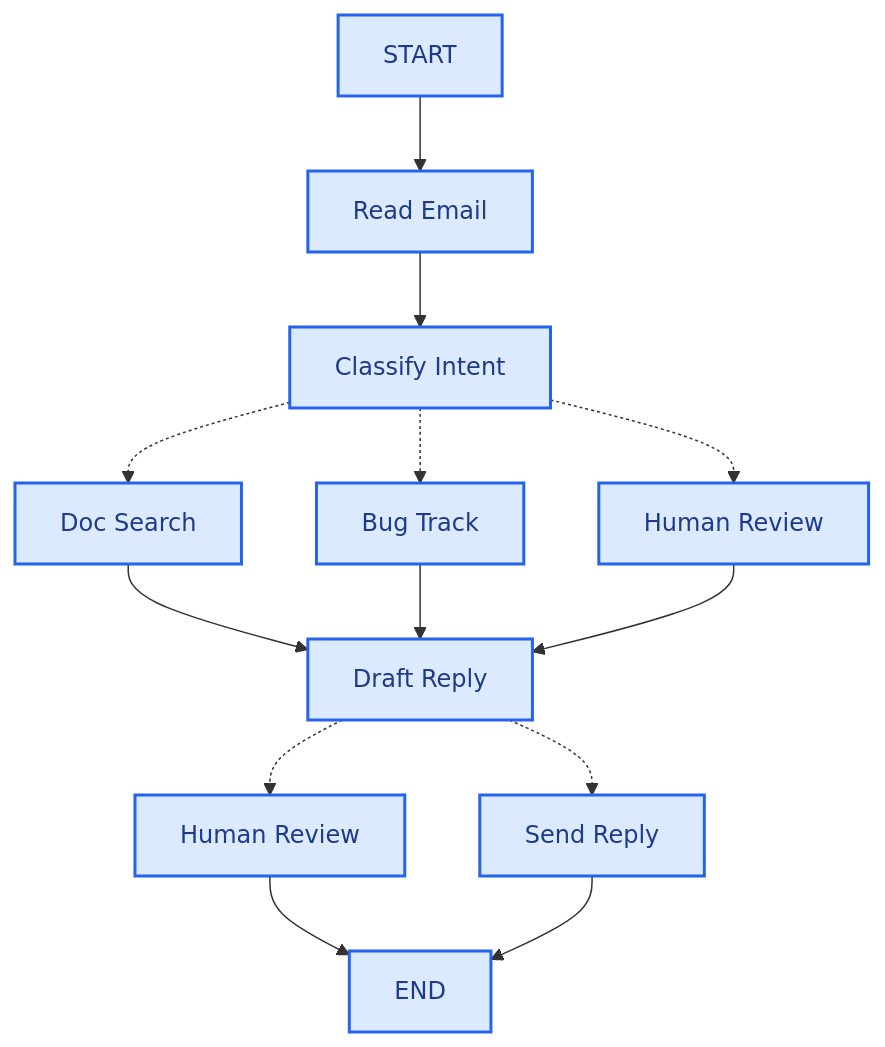
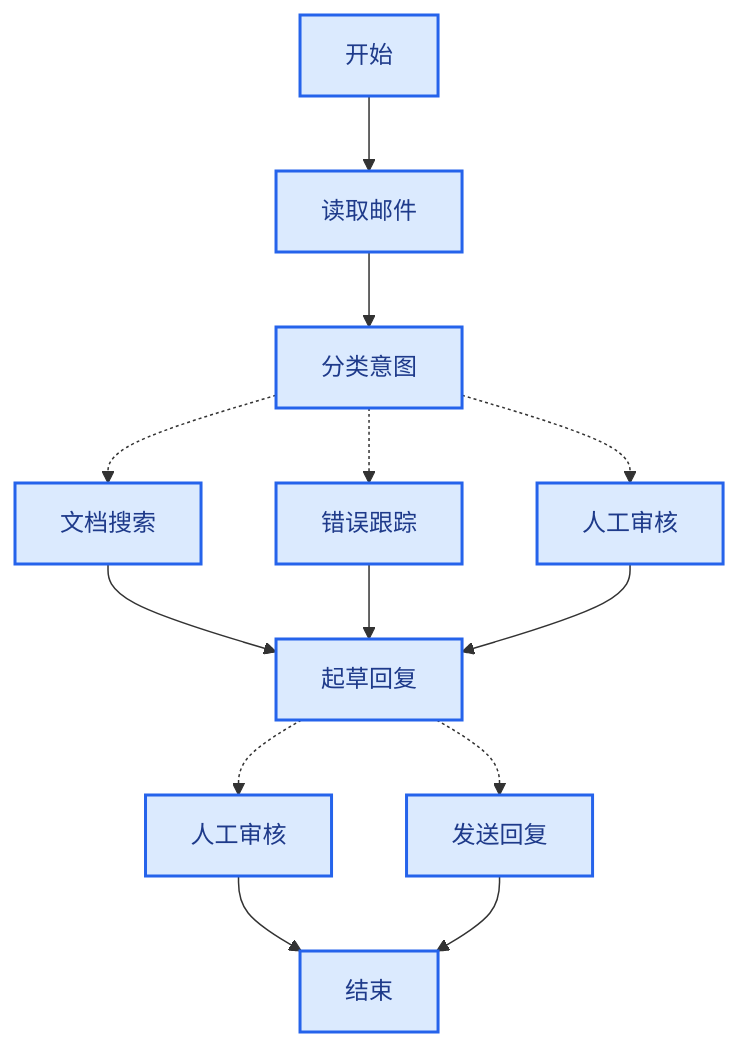
One commit to kunfan96/cndocs-langchain changed the diagram in oss/python/langgraph/thinking-in-langgraph.mdx. Above: the diagram before and after it, drawn with Mermaid. The commit also changed other lines of this file and 1030 other files, not shown here.

````diff
--- a/oss/python/langgraph/thinking-in-langgraph.mdx
+++ b/oss/python/langgraph/thinking-in-langgraph.mdx
@@ -39,22 +39,22 @@
 ```mermaid
 flowchart TD
-    A[START] --> B[Read Email]
-    B --> C[Classify Intent]
+    A[开始] --> B[读取邮件]
+    B --> C[分类意图]
 
-    C -.-> D[Doc Search]
-    C -.-> E[Bug Track]
-    C -.-> F[Human Review]
+    C -.-> D[文档搜索]
+    C -.-> E[错误跟踪]
+    C -.-> F[人工审核]
 
-    D --> G[Draft Reply]
+    D --> G[起草回复]
     E --> G
     F --> G
 
-    G -.-> H[Human Review]
-    G -.-> I[Send Reply]
+    G -.-> H[人工审核]
+    G -.-> I[发送回复]
 
-    H --> J[END]
-    I --> J[END]
+    H --> J[结束]
+    I --> J[结束]
 
     classDef process fill:#DBEAFE,stroke:#2563EB,stroke-width:2px,color:#1E3A8A
     class A,B,C,D,E,F,G,H,I,J process
 ```
````
